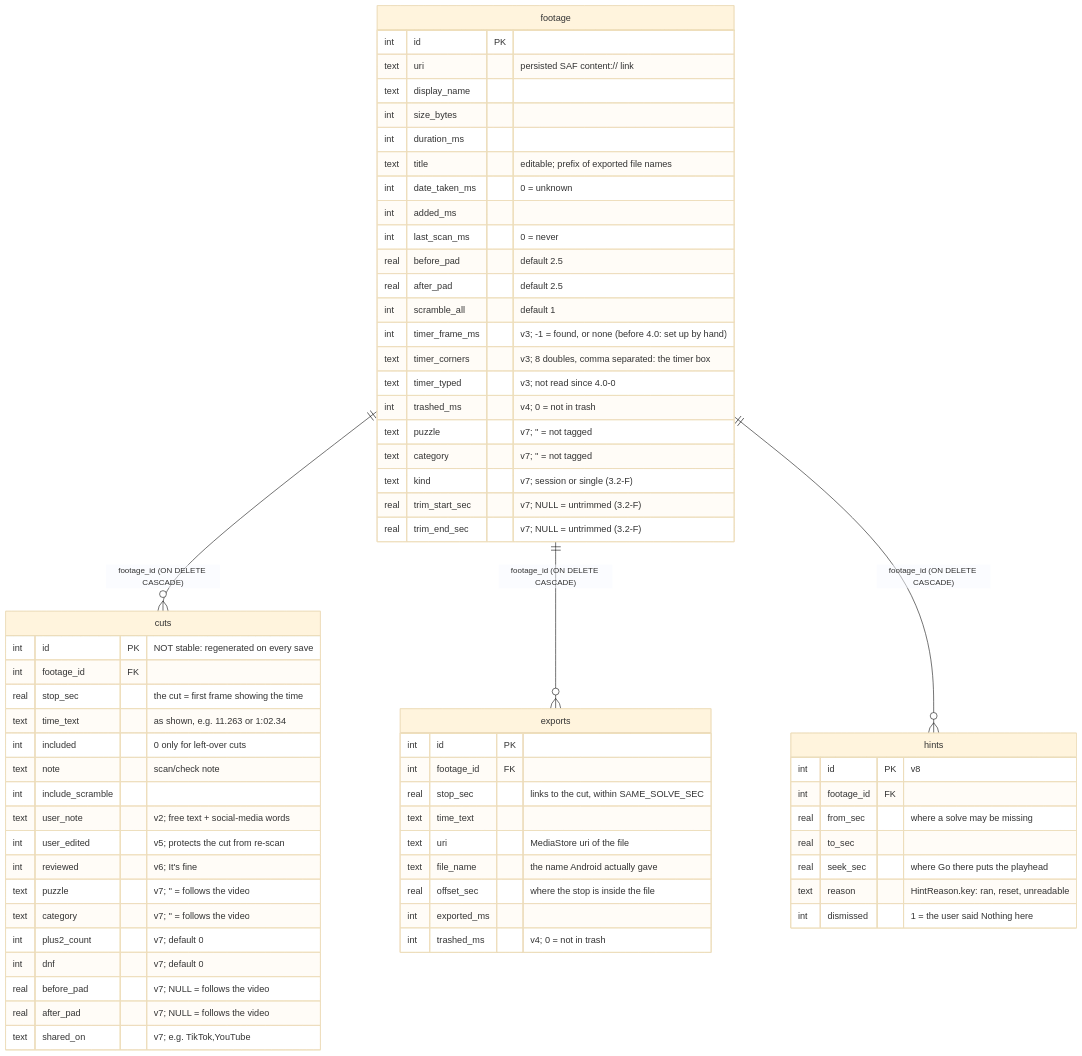
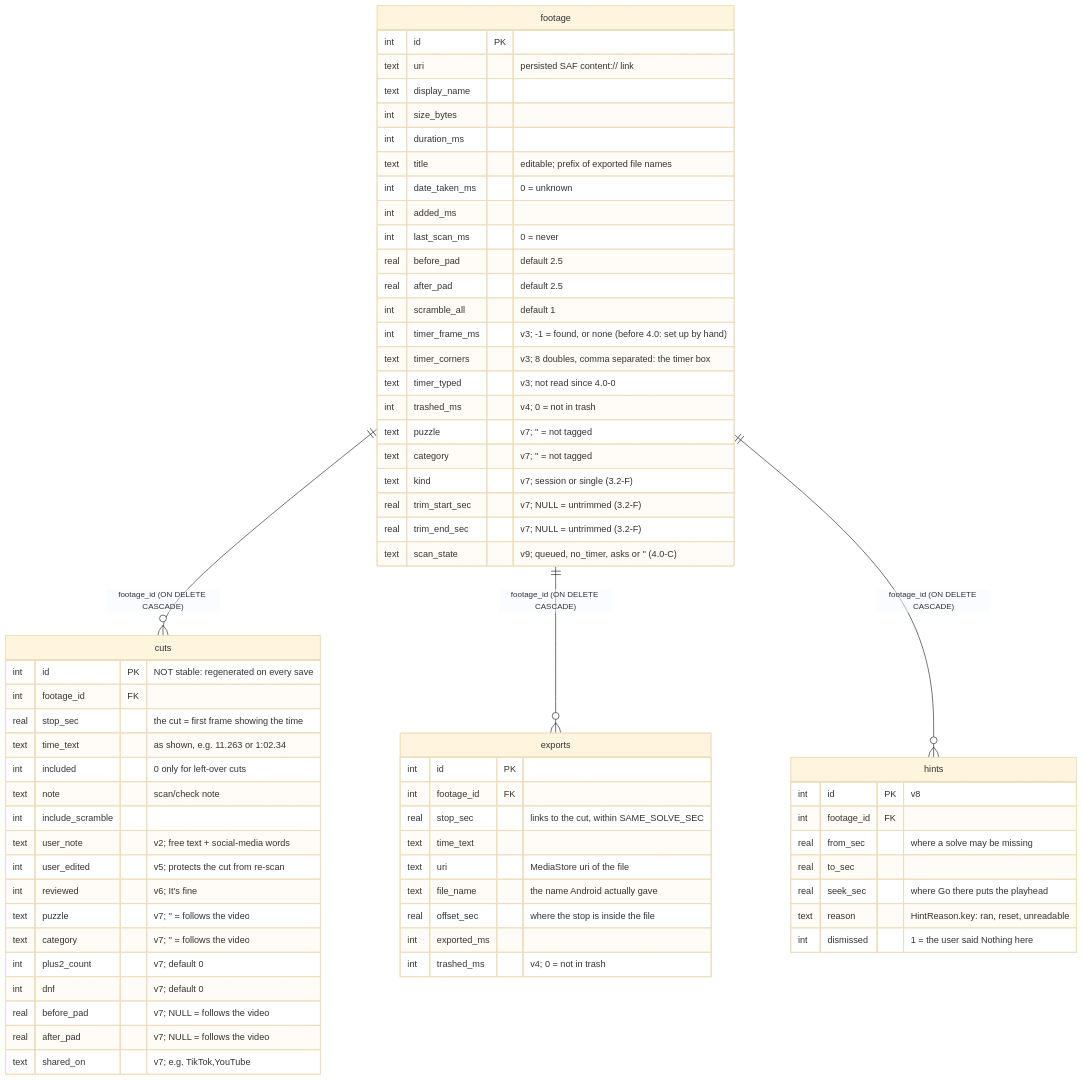
One commit to justinihil/CubeCut changed the diagram in docs/data-model.md. Above: the diagram before and after it, drawn with Mermaid (base theme). The commit also changed other lines of this file and 16 other files, not shown here.

````diff
--- a/docs/data-model.md
+++ b/docs/data-model.md
@@ -19,68 +19,69 @@
 ```mermaid
 erDiagram
   footage ||--o{ cuts : "footage_id (ON DELETE CASCADE)"
   footage ||--o{ exports : "footage_id (ON DELETE CASCADE)"
   footage ||--o{ hints : "footage_id (ON DELETE CASCADE)"
   footage {
     int id PK
     text uri "persisted SAF content:// link"
     text display_name
     int size_bytes
     int duration_ms
     text title "editable; prefix of exported file names"
     int date_taken_ms "0 = unknown"
     int added_ms
     int last_scan_ms "0 = never"
     real before_pad "default 2.5"
     real after_pad "default 2.5"
     int scramble_all "default 1"
     int timer_frame_ms "v3; -1 = found, or none (before 4.0: set up by hand)"
     text timer_corners "v3; 8 doubles, comma separated: the timer box"
     text timer_typed "v3; not read since 4.0-0"
     int trashed_ms "v4; 0 = not in trash"
     text puzzle "v7; '' = not tagged"
     text category "v7; '' = not tagged"
     text kind "v7; session or single (3.2-F)"
     real trim_start_sec "v7; NULL = untrimmed (3.2-F)"
     real trim_end_sec "v7; NULL = untrimmed (3.2-F)"
+    text scan_state "v9; queued, no_timer, asks or '' (4.0-C)"
   }
   cuts {
     int id PK "NOT stable: regenerated on every save"
     int footage_id FK
     real stop_sec "the cut = first frame showing the time"
     text time_text "as shown, e.g. 11.263 or 1:02.34"
     int included "0 only for left-over cuts"
     text note "scan/check note"
     int include_scramble
     text user_note "v2; free text + social-media words"
     int user_edited "v5; protects the cut from re-scan"
     int reviewed "v6; It's fine"
     text puzzle "v7; '' = follows the video"
     text category "v7; '' = follows the video"
     int plus2_count "v7; default 0"
     int dnf "v7; default 0"
     real before_pad "v7; NULL = follows the video"
     real after_pad "v7; NULL = follows the video"
     text shared_on "v7; e.g. TikTok,YouTube"
   }
   exports {
     int id PK
     int footage_id FK
     real stop_sec "links to the cut, within SAME_SOLVE_SEC"
     text time_text
     text uri "MediaStore uri of the file"
     text file_name "the name Android actually gave"
     real offset_sec "where the stop is inside the file"
     int exported_ms
     int trashed_ms "v4; 0 = not in trash"
   }
   hints {
     int id PK "v8"
     int footage_id FK
     real from_sec "where a solve may be missing"
     real to_sec
     real seek_sec "where Go there puts the playhead"
     text reason "HintReason.key: ran, reset, unreadable"
     int dismissed "1 = the user said Nothing here"
   }
 ```
````
